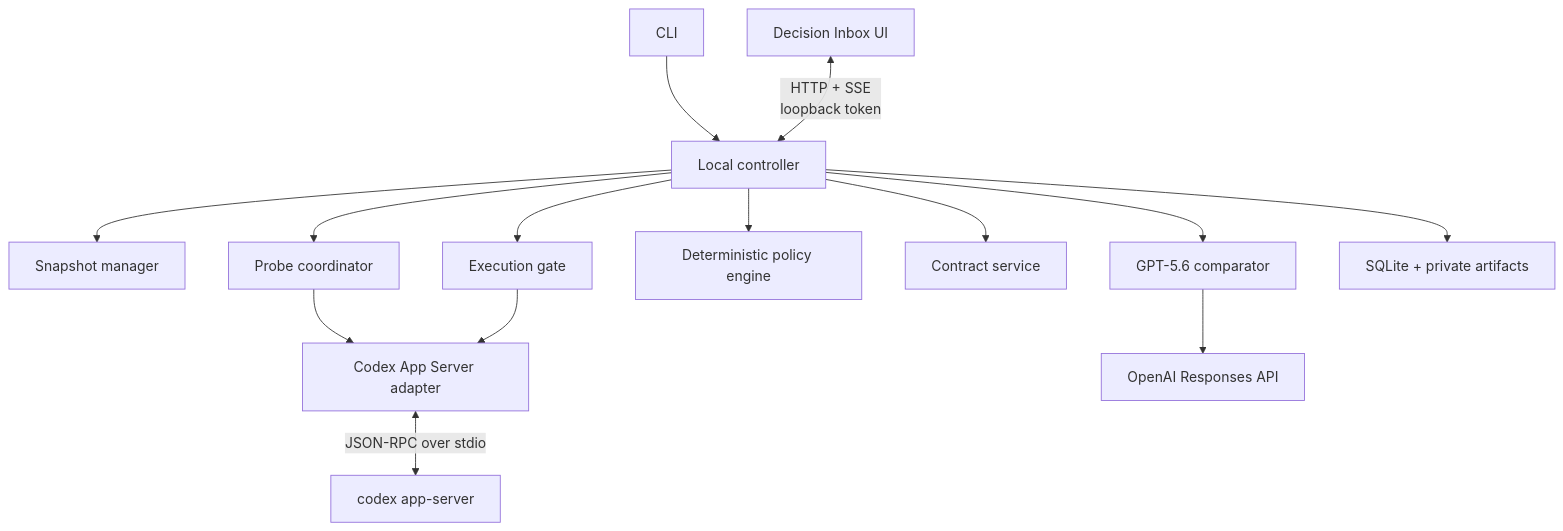
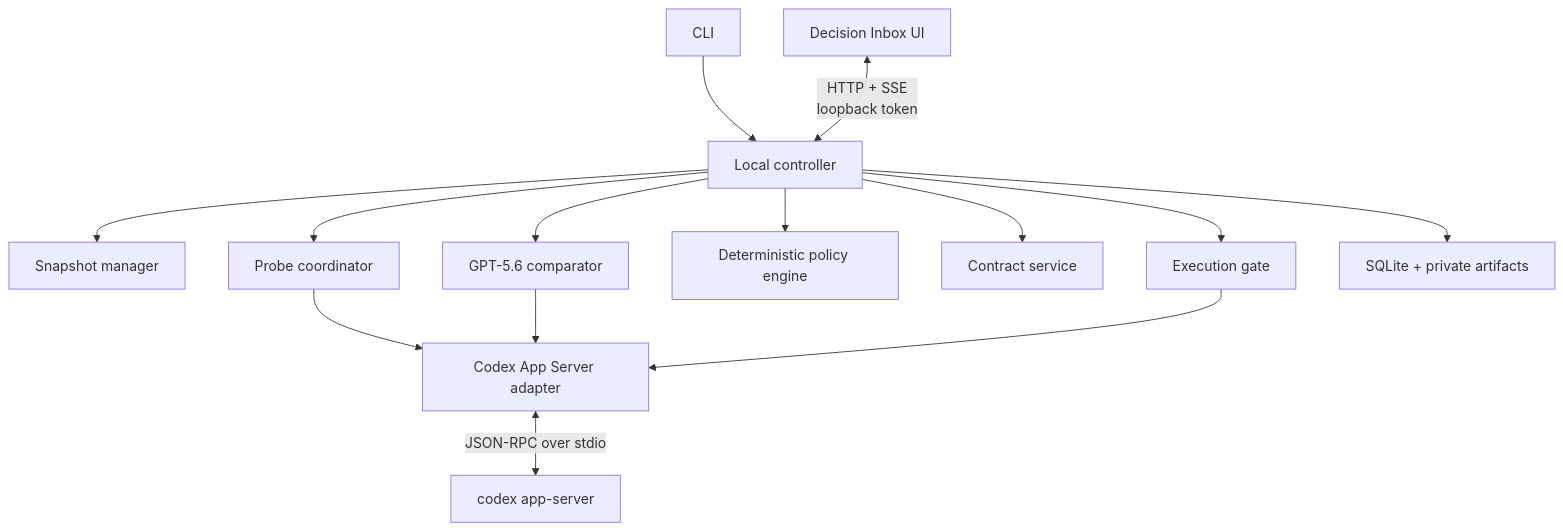
Before and after one commit to shuto-S/prompt-tripwire: the diagram in docs/ARCHITECTURE.md, drawn with Mermaid. The commit also changed other lines of this file and 29 other files, not shown here.

````diff
--- a/docs/ARCHITECTURE.md
+++ b/docs/ARCHITECTURE.md
@@ -47,16 +46,16 @@
 ```mermaid
 flowchart TB
     CLI["CLI"] --> Controller["Local controller"]
     UI["Decision Inbox UI"] <-->|"HTTP + SSE\nloopback token"| Controller
     Controller --> Snapshot["Snapshot manager"]
     Controller --> Planner["Probe coordinator"]
     Planner --> AppAdapter["Codex App Server adapter"]
     AppAdapter <-->|"JSON-RPC over stdio"| Codex["codex app-server"]
     Controller --> Comparator["GPT-5.6 comparator"]
-    Comparator --> Responses["OpenAI Responses API"]
+    Comparator --> AppAdapter
     Controller --> Policy["Deterministic policy engine"]
     Controller --> Contracts["Contract service"]
     Controller --> Gate["Execution gate"]
     Gate --> AppAdapter
     Controller --> Store["SQLite + private artifacts"]
 ```
````
